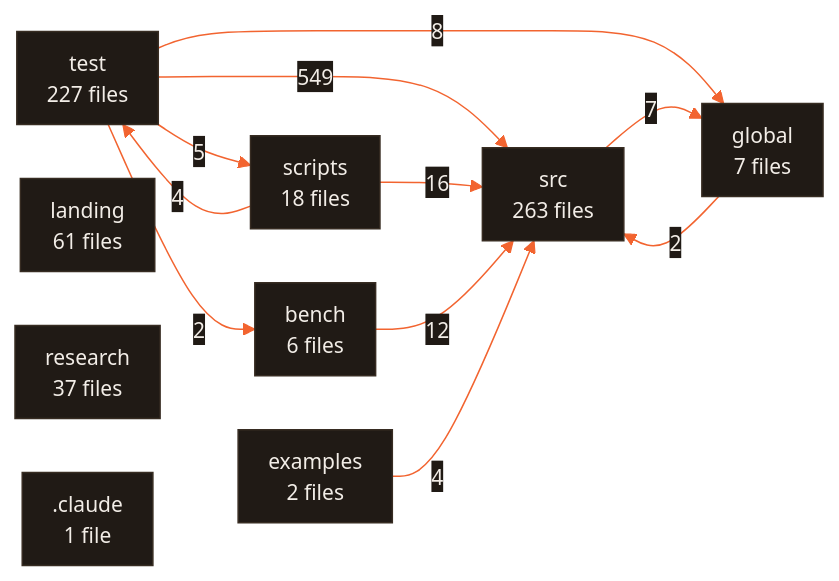
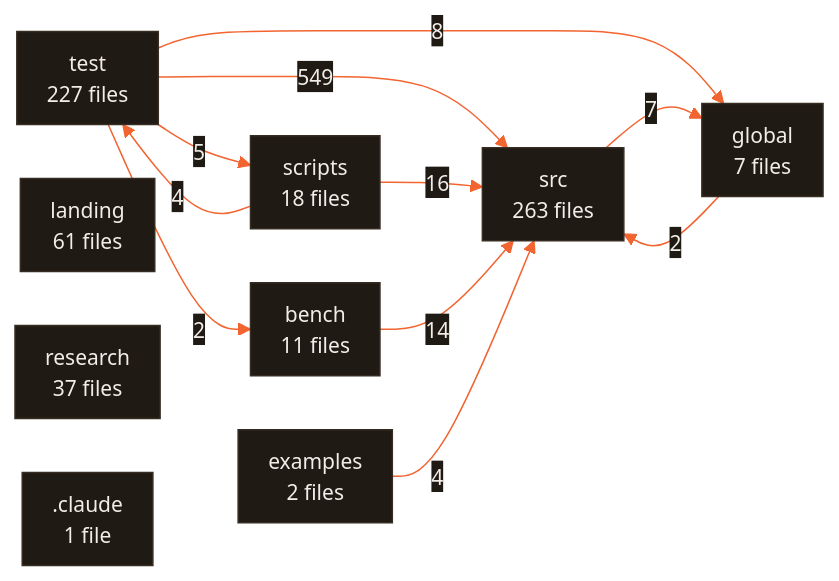
Before and after one commit to CodeWithJuber/forgekit: the diagram in ARCHITECTURE.md, drawn with Mermaid. The commit also changed 2 other files, not shown here.

Commit message:
Publish the recovery drill and held-out evidence in the consolidated guide

````diff
--- a/ARCHITECTURE.md
+++ b/ARCHITECTURE.md
@@ -630,23 +630,23 @@
 ```mermaid
 %%{init: {'theme':'base','themeVariables':{'primaryColor':'#201a15','primaryTextColor':'#f2ede7','primaryBorderColor':'#372c22','lineColor':'#f26430','secondaryColor':'#272019','tertiaryColor':'#171310','edgeLabelBackground':'#201a15','clusterBkg':'#171310','clusterBorder':'#4a3b2e','fontFamily':'ui-sans-serif, system-ui, sans-serif','fontSize':'14px'},'flowchart':{'curve':'basis','padding':10,'nodeSpacing':36,'rankSpacing':44}}}%%
 flowchart LR
   src["src<br/>263 files"]
   test["test<br/>227 files"]
   landing["landing<br/>61 files"]
   research["research<br/>37 files"]
   scripts["scripts<br/>18 files"]
+  bench["bench<br/>11 files"]
   global["global<br/>7 files"]
-  bench["bench<br/>6 files"]
   examples["examples<br/>2 files"]
   _claude[".claude<br/>1 file"]
   test -- 549 --> src
   scripts -- 16 --> src
-  bench -- 12 --> src
+  bench -- 14 --> src
   test -- 8 --> global
   src -- 7 --> global
   test -- 5 --> scripts
   examples -- 4 --> src
   scripts -- 4 --> test
   global -- 2 --> src
   test -- 2 --> bench
 ```
````
